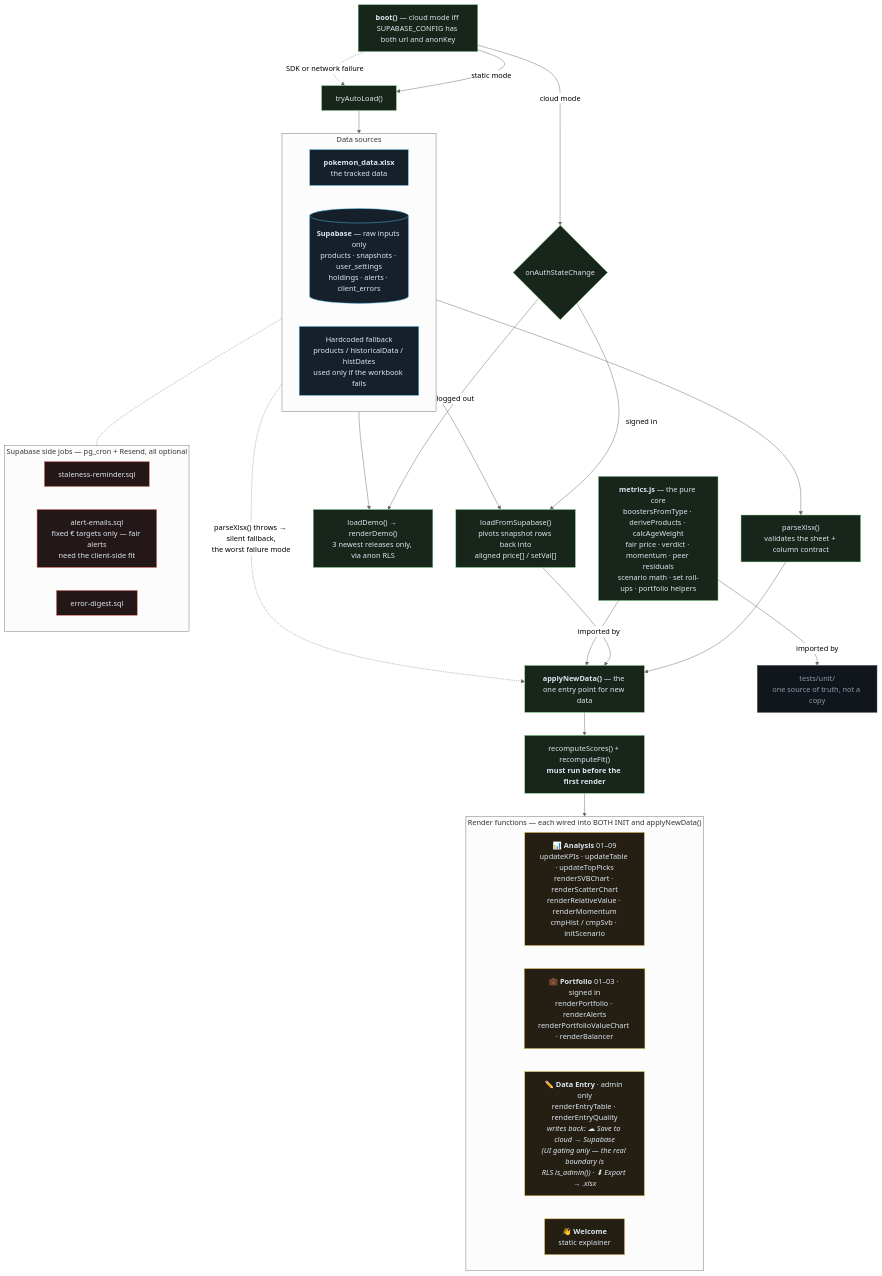
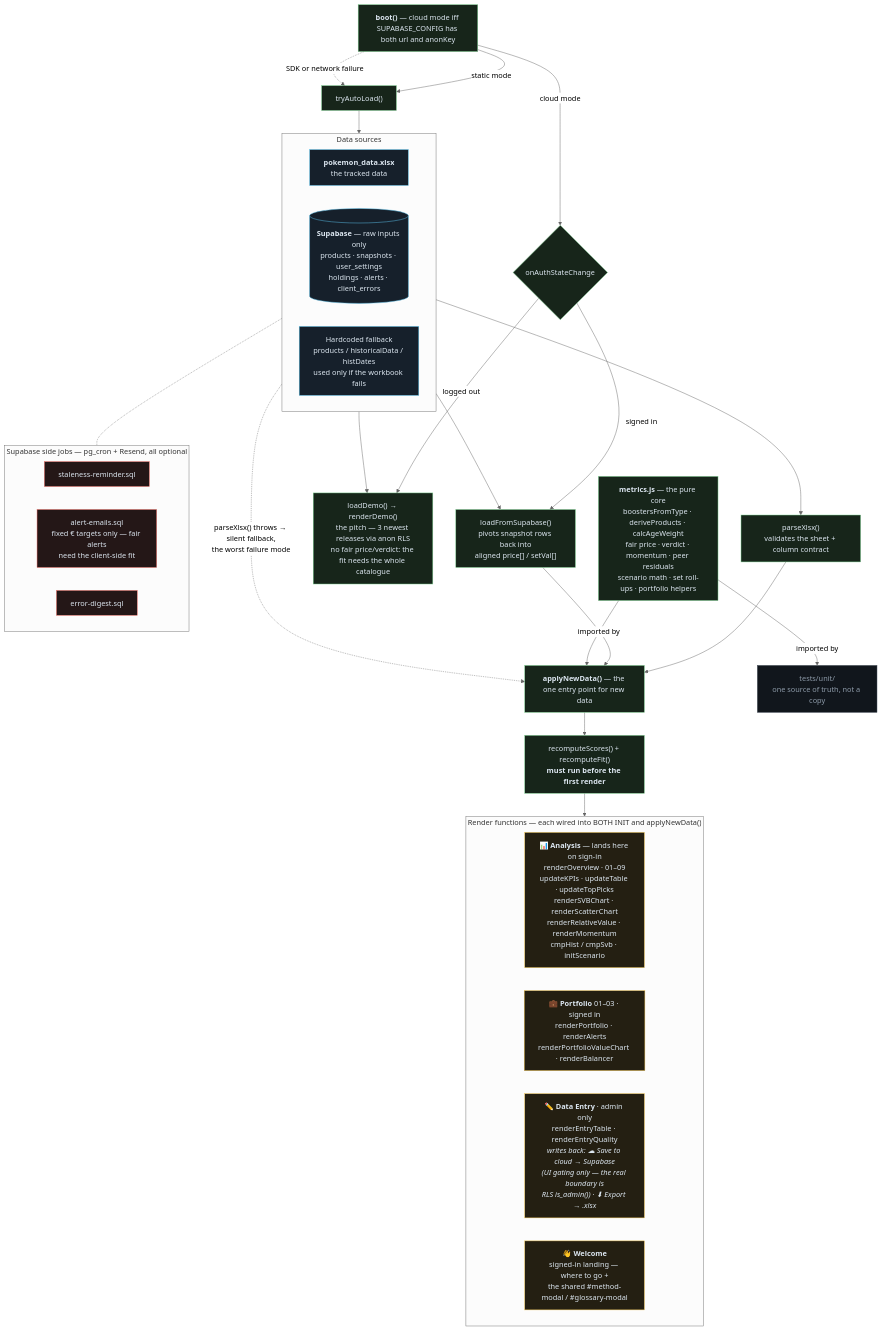
Before and after one commit to tobenhair/poke-analytics: the diagram in docs/architecture.mmd, drawn with Mermaid (neutral theme). The commit also changed 12 other files, not shown here.

```diff
--- a/docs/architecture.mmd
+++ b/docs/architecture.mmd
@@ -1,68 +1,68 @@
 flowchart TB
 %% Sealed TCG Analytics — architecture overview.
 %% This .mmd is the editable truth; docs/architecture.svg is rendered from it:
 %%   npx -y @mermaid-js/mermaid-cli -i docs/architecture.mmd -o docs/architecture.svg -b transparent
 %% Three gotchas if you edit:
 %%   1. the `flowchart` declaration must be the FIRST line — a leading comment
 %%      block fails to parse;
 %%   2. a bare `%%` line renders as a stray node, so always put text after it;
 %%   3. every edge points the way DATA flows. Adding a write-back edge (e.g.
 %%      Data Entry → the database) creates a cycle and dagre resolves it by
 %%      hoisting the render block above the load path, which makes the whole
 %%      diagram read backwards. Write paths are stated as node text instead.
 %% Keep in sync when the load path or module structure changes (see CLAUDE.md).
 
   classDef src fill:#16202b,stroke:#5cc7f2,color:#dce6f0
   classDef core fill:#17251a,stroke:#7fd493,color:#dce6f0
   classDef view fill:#241f12,stroke:#f4c651,color:#dce6f0
   classDef job fill:#241717,stroke:#ef6a60,color:#dce6f0
   classDef note fill:#11161c,stroke:#39434f,color:#8d9aa8
 
   boot["<b>boot()</b> — cloud mode iff SUPABASE_CONFIG has both url and anonKey"]:::core
 
   subgraph sources["Data sources"]
     direction LR
     xlsx["<b>pokemon_data.xlsx</b><br/>the tracked data"]:::src
     db[("<b>Supabase</b> — raw inputs only<br/>products · snapshots · user_settings<br/>holdings · alerts · client_errors")]:::src
     fb["Hardcoded fallback<br/>products / historicalData / histDates<br/>used only if the workbook fails"]:::src
   end
 
   boot -->|"static mode"| auto["tryAutoLoad()"]:::core
   boot -->|"cloud mode"| authst{"onAuthStateChange"}:::core
   boot -.->|"SDK or network failure"| auto
 
   auto --> xlsx
   authst -->|"signed in"| cloud["loadFromSupabase()<br/>pivots snapshot rows back into<br/>aligned price[] / setVal[]"]:::core
-  authst -->|"logged out"| demo["loadDemo() → renderDemo()<br/>3 newest releases only, via anon RLS"]:::core
+  authst -->|"logged out"| demo["loadDemo() → renderDemo()<br/>the pitch — 3 newest releases via anon RLS<br/>no fair price/verdict: the fit needs the whole catalogue"]:::core
 
   xlsx --> parse["parseXlsx()<br/>validates the sheet + column contract"]:::core
   db --> cloud
   db --> demo
   db -.- jobs
 
   parse --> apply
   cloud --> apply
   fb -.->|"parseXlsx() throws → silent fallback,<br/>the worst failure mode"| apply
 
   apply["<b>applyNewData()</b> — the one entry point for new data"]:::core
   apply --> recomp["recomputeScores() + recomputeFit()<br/><b>must run before the first render</b>"]:::core
   recomp --> views
 
   metrics["<b>metrics.js</b> — the pure core<br/>boostersFromType · deriveProducts · calcAgeWeight<br/>fair price · verdict · momentum · peer residuals<br/>scenario math · set roll-ups · portfolio helpers"]:::core
   metrics -->|"imported by"| apply
   metrics -->|"imported by"| tests["tests/unit/<br/>one source of truth, not a copy"]:::note
 
   subgraph views["Render functions — each wired into BOTH INIT and applyNewData()"]
     direction LR
-    vAnalysis["📊 <b>Analysis</b> 01–09<br/>updateKPIs · updateTable · updateTopPicks<br/>renderSVBChart · renderScatterChart<br/>renderRelativeValue · renderMomentum<br/>cmpHist / cmpSvb · initScenario"]:::view
+    vAnalysis["📊 <b>Analysis</b> — lands here on sign-in<br/>renderOverview · 01–09<br/>updateKPIs · updateTable · updateTopPicks<br/>renderSVBChart · renderScatterChart<br/>renderRelativeValue · renderMomentum<br/>cmpHist / cmpSvb · initScenario"]:::view
     vPortfolio["💼 <b>Portfolio</b> 01–03 · signed in<br/>renderPortfolio · renderAlerts<br/>renderPortfolioValueChart · renderBalancer"]:::view
     vEntry["✏️ <b>Data Entry</b> · admin only<br/>renderEntryTable · renderEntryQuality<br/><i>writes back: ☁ Save to cloud → Supabase<br/>(UI gating only — the real boundary is<br/>RLS is_admin()) · ⬇ Export → .xlsx</i>"]:::view
-    vWelcome["👋 <b>Welcome</b><br/>static explainer"]:::view
+    vWelcome["👋 <b>Welcome</b><br/>signed-in landing — where to go +<br/>the shared #method-modal / #glossary-modal"]:::view
   end
 
   subgraph jobs["Supabase side jobs — pg_cron + Resend, all optional"]
     direction LR
     jStale["staleness-reminder.sql"]:::job
     jAlert["alert-emails.sql<br/>fixed € targets only — fair alerts<br/>need the client-side fit"]:::job
     jDigest["error-digest.sql"]:::job
   end
```
